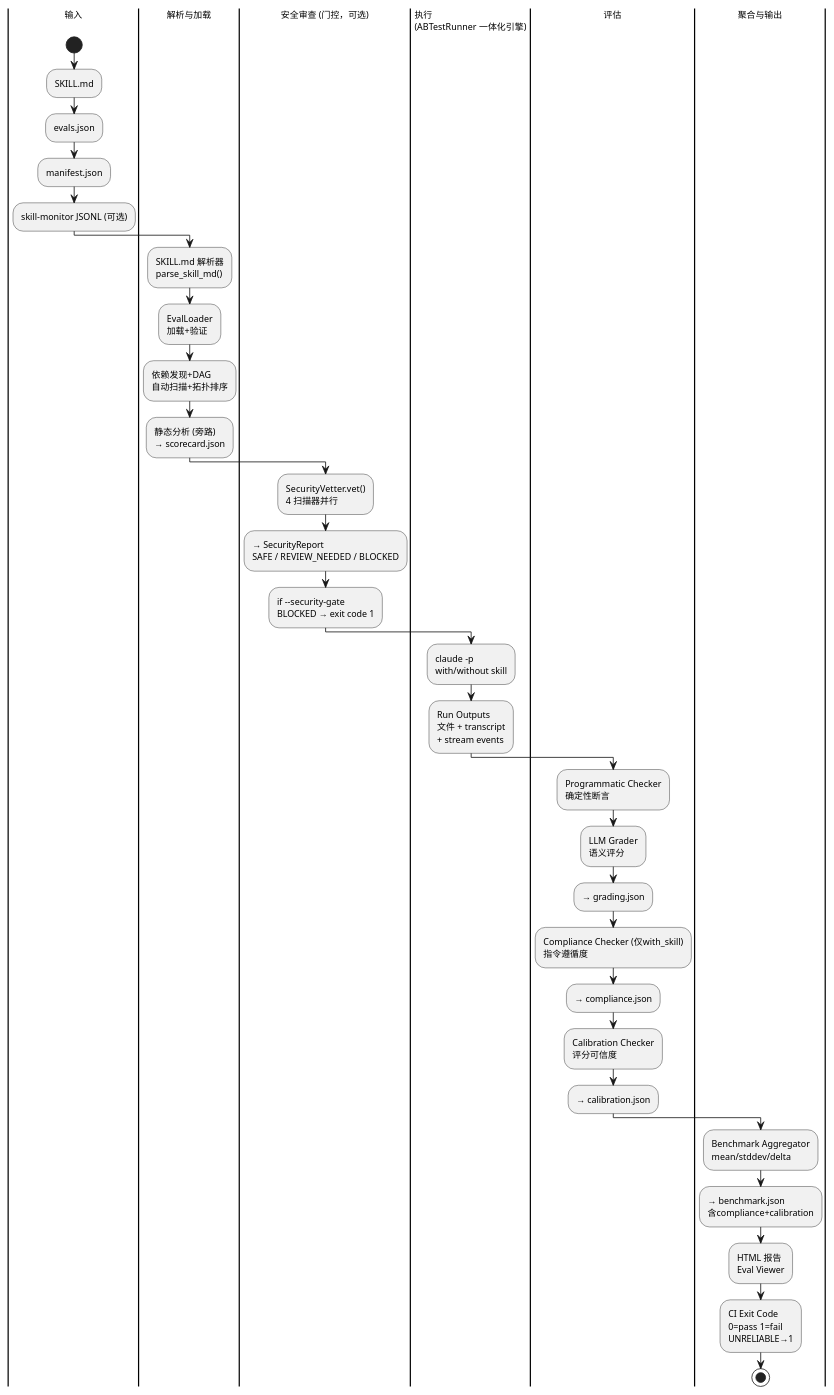
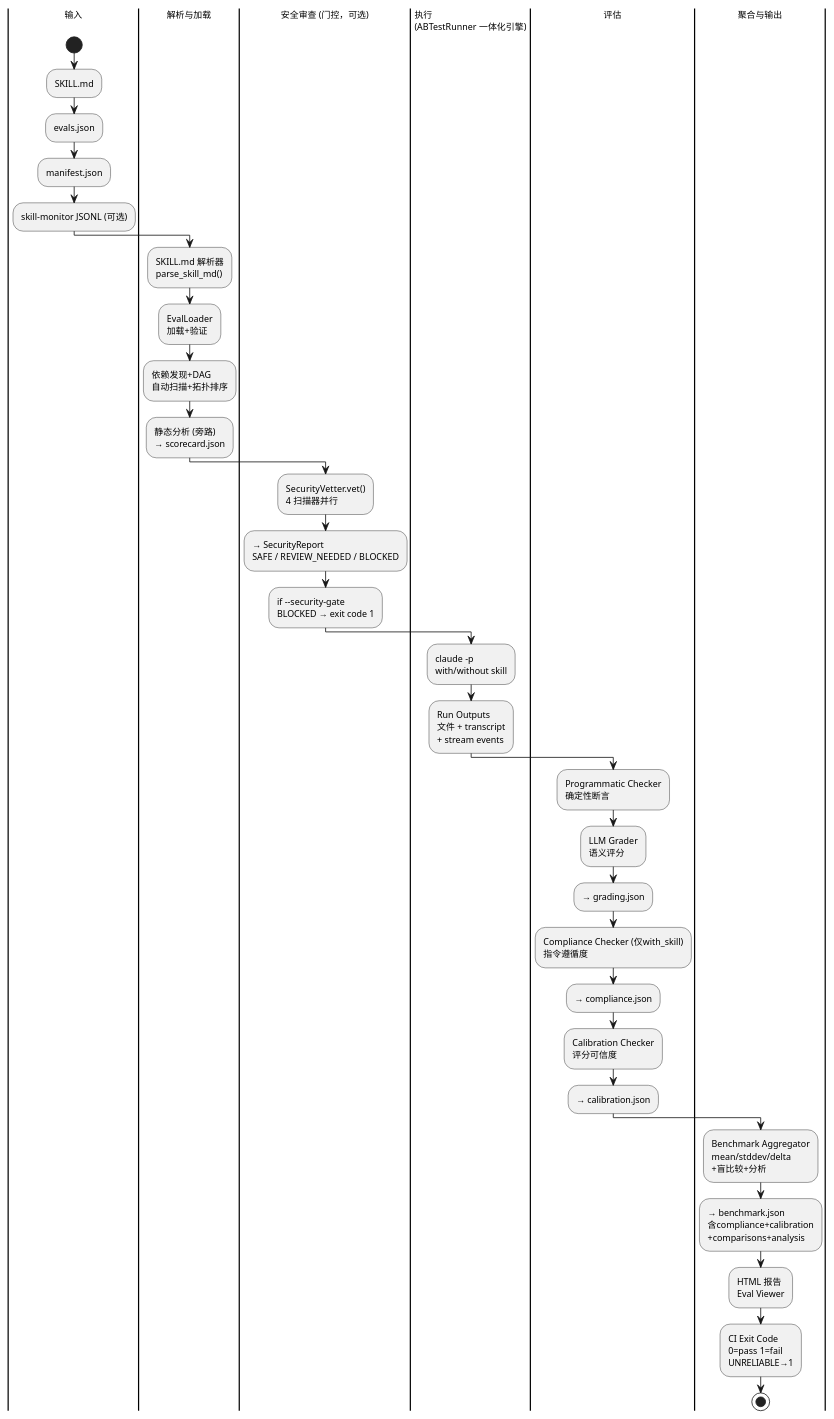
Before and after one commit to HangDu1995/sift: the third of 4 diagrams in docs/skill-eval-arch-design.md, drawn with PlantUML. The commit also changed other lines of this file and 47 other files, not shown here.

````diff
--- a/docs/skill-eval-arch-design.md
+++ b/docs/skill-eval-arch-design.md
@@ -633,44 +648,44 @@
 ```plantuml
 @startuml
 skinparam shadowing false
 skinparam defaultFontSize 11
 
 |输入|
 start
 :SKILL.md;
 :evals.json;
 :manifest.json;
 :skill-monitor JSONL (可选);
 
 |解析与加载|
 :SKILL.md 解析器\nparse_skill_md();
 :EvalLoader\n加载+验证;
 :依赖发现+DAG\n自动扫描+拓扑排序;
 :静态分析 (旁路)\n→ scorecard.json;
 
 |安全审查 (门控，可选)|
 :SecurityVetter.vet()\n4 扫描器并行;
 :→ SecurityReport\nSAFE / REVIEW_NEEDED / BLOCKED;
 :if --security-gate\nBLOCKED → exit code 1;
 
 |执行\n(ABTestRunner 一体化引擎)|
 :claude -p\nwith/without skill;
 :Run Outputs\n文件 + transcript\n+ stream events;
 
 |评估|
 :Programmatic Checker\n确定性断言;
 :LLM Grader\n语义评分;
 :→ grading.json;
 :Compliance Checker (仅with_skill)\n指令遵循度;
 :→ compliance.json;
 :Calibration Checker\n评分可信度;
 :→ calibration.json;
 
 |聚合与输出|
-:Benchmark Aggregator\nmean/stddev/delta;
-:→ benchmark.json\n含compliance+calibration;
+:Benchmark Aggregator\nmean/stddev/delta\n+盲比较+分析;
+:→ benchmark.json\n含compliance+calibration\n+comparisons+analysis;
 :HTML 报告\nEval Viewer;
 :CI Exit Code\n0=pass 1=fail\nUNRELIABLE→1;
 stop
 @enduml
 ```
````
